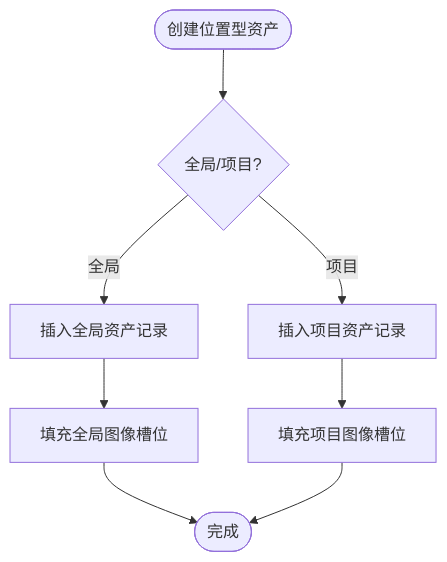
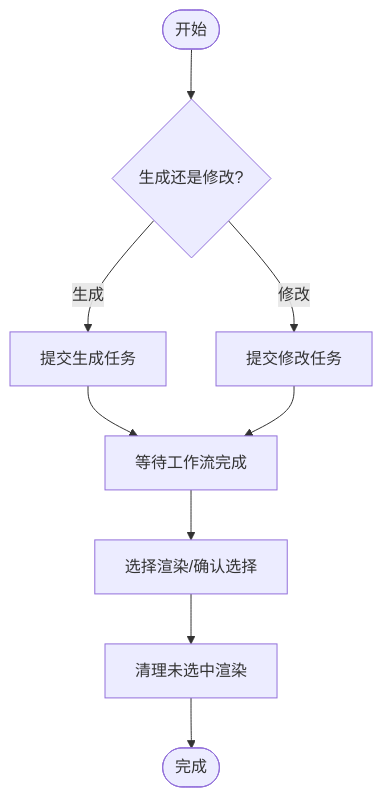
One commit to lyl2021/waoowaoo changed the third of 5 diagrams in .qoder/repowiki/zh/content/资产管理/资产管理.md. Above: the diagram before and after it, drawn with Mermaid. The commit also changed other lines of this file and 25 other files, not shown here.

First line of the commit message:
fix: 图片生成最高质量 4K 支持与 LLM 视觉调用网络修复

````diff
--- a/.qoder/repowiki/zh/content/资产管理/资产管理.md
+++ b/.qoder/repowiki/zh/content/资产管理/资产管理.md
@@ -516,10 +174,11 @@
 ```mermaid
 flowchart TD
-CreateStart(["创建位置型资产"]) --> Kind{"全局/项目?"}
-Kind --> |全局| InsertGlob["插入全局资产记录"]
-Kind --> |项目| InsertProj["插入项目资产记录"]
-InsertGlob --> SeedGlob["填充全局图像槽位"]
-InsertProj --> SeedProj["填充项目图像槽位"]
-SeedGlob --> Done(["完成"])
-SeedProj --> Done
+Start(["开始"]) --> GenOrMod{"生成还是修改?"}
+GenOrMod --> |生成| SubmitGen["提交生成任务"]
+GenOrMod --> |修改| SubmitMod["提交修改任务"]
+SubmitGen --> Wait["等待工作流完成"]
+SubmitMod --> Wait
+Wait --> Select["选择渲染/确认选择"]
+Select --> CleanOthers["清理未选中渲染"]
+CleanOthers --> Done(["完成"])
 ```
````
